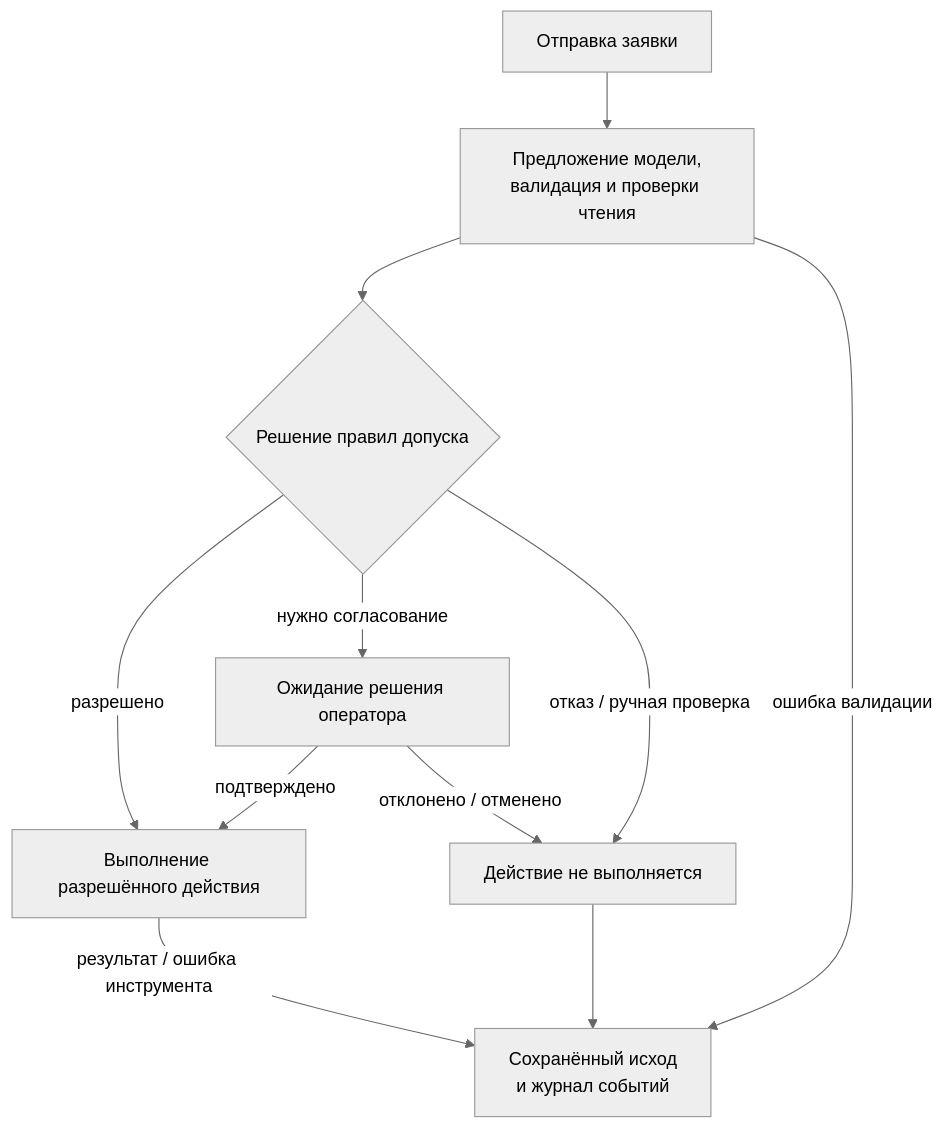
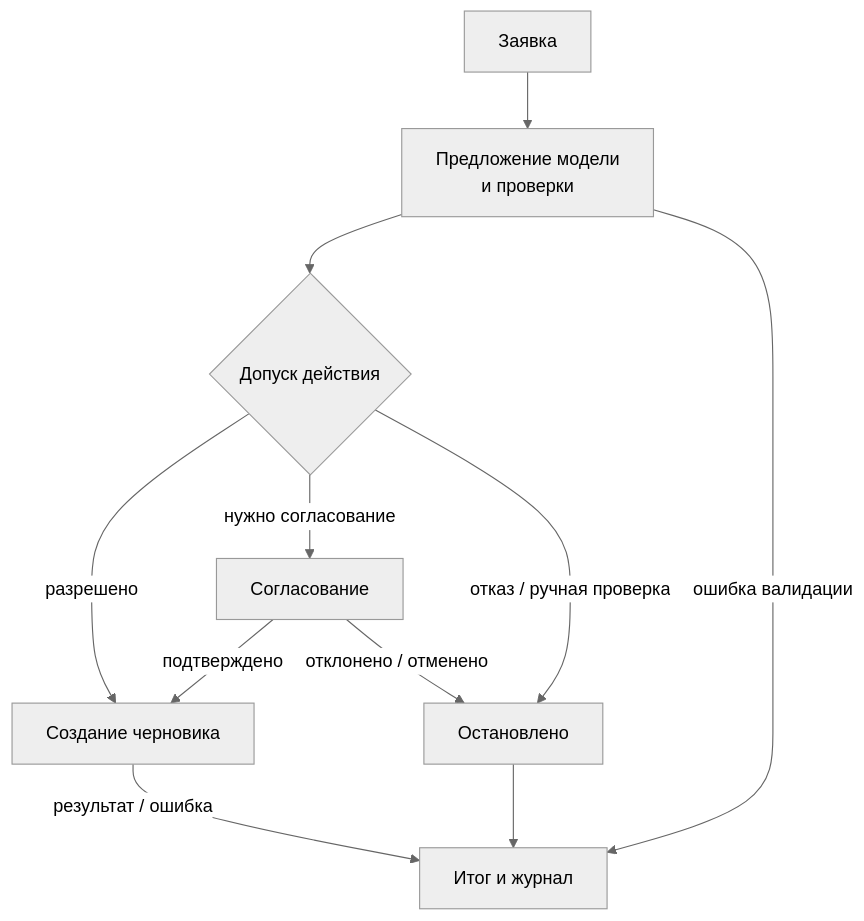
Before and after one commit to Vkuvalin/enterprise-ai-tool-gateway: the second of 2 diagrams in README.md, drawn with Mermaid (neutral theme). The commit also changed other lines of this file, not shown here.

Commit message:
docs: compact README diagrams after visual review

````diff
--- a/README.md
+++ b/README.md
@@ -150,13 +150,13 @@
 ```mermaid
 flowchart TB
-    Request["Отправка заявки"] --> Checks["Предложение модели,<br/>валидация и проверки чтения"]
-    Checks --> Policy{"Решение правил допуска"}
-    Checks -->|"ошибка валидации"| Outcome["Сохранённый исход<br/>и журнал событий"]
-    Policy -->|"разрешено"| Execute["Выполнение разрешённого действия"]
-    Policy -->|"нужно согласование"| Pending["Ожидание решения оператора"]
-    Policy -->|"отказ / ручная проверка"| Stop["Действие не выполняется"]
+    Request["Заявка"] --> Checks["Предложение модели<br/>и проверки"]
+    Checks --> Policy{"Допуск действия"}
+    Checks -->|"ошибка валидации"| Outcome["Итог и журнал"]
+    Policy -->|"разрешено"| Execute["Создание черновика"]
+    Policy -->|"нужно согласование"| Pending["Согласование"]
+    Policy -->|"отказ / ручная проверка"| Stop["Остановлено"]
     Pending -->|"подтверждено"| Execute
     Pending -->|"отклонено / отменено"| Stop
-    Execute -->|"результат / ошибка инструмента"| Outcome
+    Execute -->|"результат / ошибка"| Outcome
     Stop --> Outcome
 ```
````
